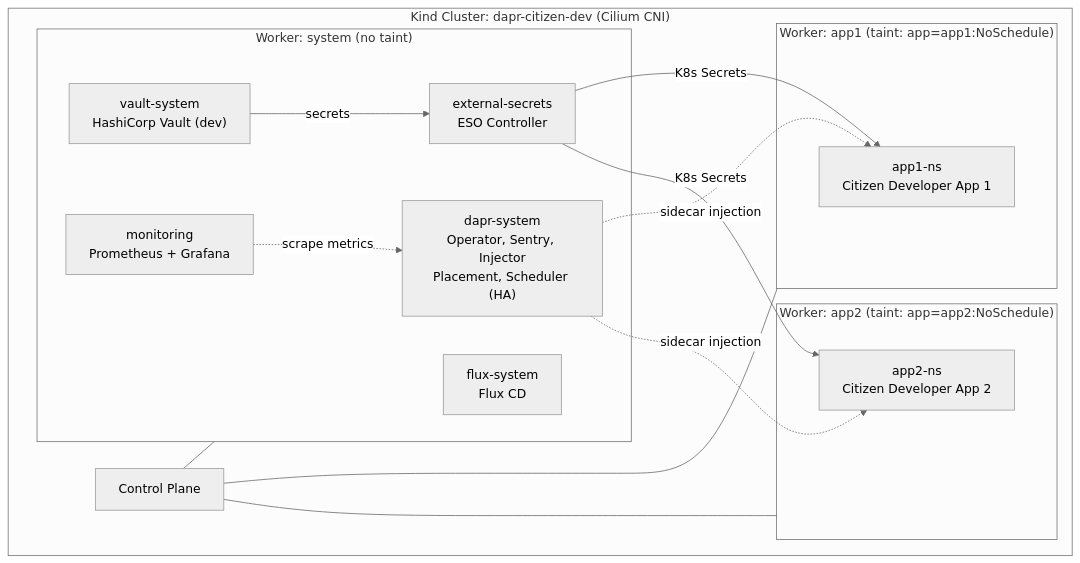
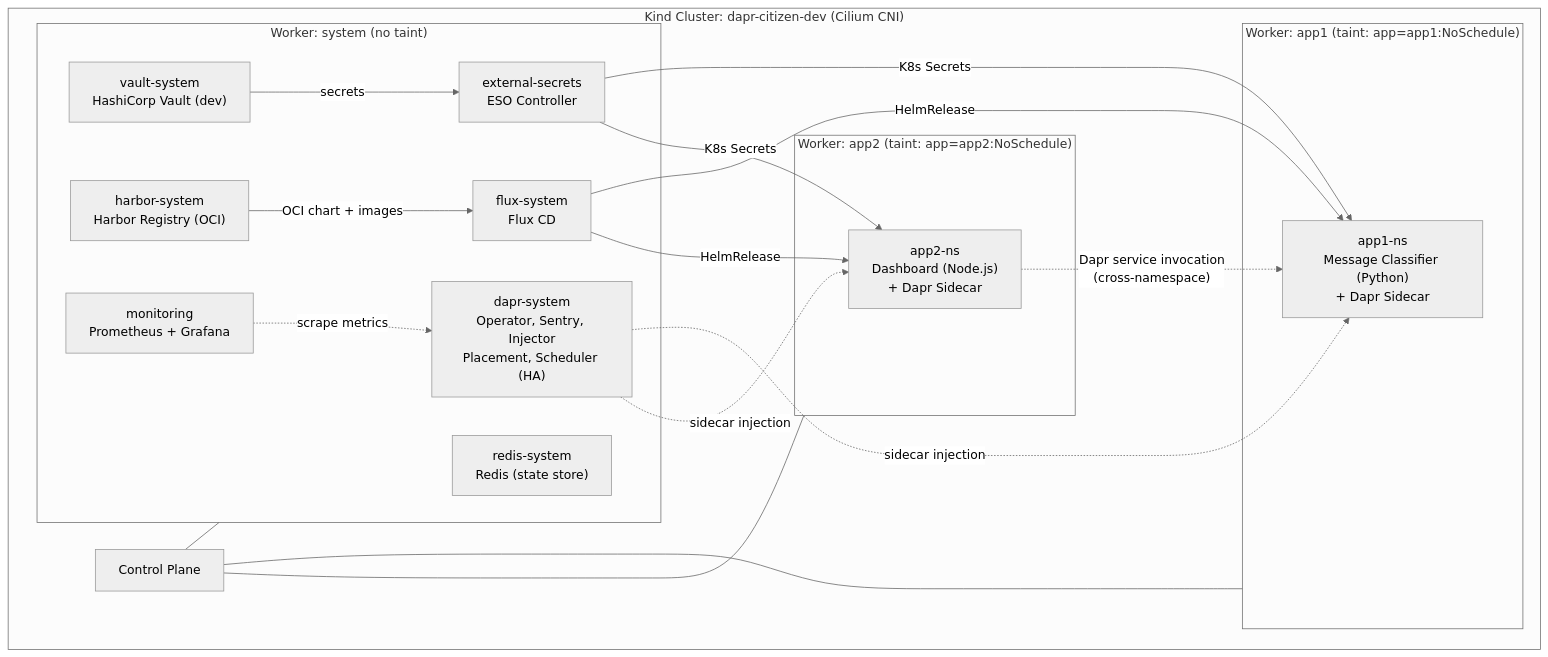
The first of 4 diagrams in dapr/README.md (nicknikolakakis/srekubecraft-demo), drawn with Mermaid (neutral theme) before and after one commit. The commit also changed other lines of this file and 6 other files, not shown here.

First line of the commit message:
Add Harbor registry and Flux-managed app deployment

````diff
--- a/dapr/README.md
+++ b/dapr/README.md
@@ -9,32 +9,38 @@
 ```mermaid
 graph TB
     subgraph cluster["Kind Cluster: dapr-citizen-dev (Cilium CNI)"]
         CP["Control Plane"]
 
         subgraph system_node["Worker: system (no taint)"]
             dapr["dapr-system<br/>Operator, Sentry, Injector<br/>Placement, Scheduler (HA)"]
             vault["vault-system<br/>HashiCorp Vault (dev)"]
             eso["external-secrets<br/>ESO Controller"]
             mon["monitoring<br/>Prometheus + Grafana"]
             flux["flux-system<br/>Flux CD"]
+            harbor["harbor-system<br/>Harbor Registry (OCI)"]
+            redis["redis-system<br/>Redis (state store)"]
         end
 
         subgraph app1_node["Worker: app1 (taint: app=app1:NoSchedule)"]
-            app1ns["app1-ns<br/>Citizen Developer App 1"]
+            app1ns["app1-ns<br/>Message Classifier (Python)<br/>+ Dapr Sidecar"]
         end
 
         subgraph app2_node["Worker: app2 (taint: app=app2:NoSchedule)"]
-            app2ns["app2-ns<br/>Citizen Developer App 2"]
+            app2ns["app2-ns<br/>Dashboard (Node.js)<br/>+ Dapr Sidecar"]
         end
     end
 
     CP --- system_node
     CP --- app1_node
     CP --- app2_node
     dapr -.->|sidecar injection| app1ns
     dapr -.->|sidecar injection| app2ns
     vault -->|secrets| eso
     eso -->|K8s Secrets| app1ns
     eso -->|K8s Secrets| app2ns
+    harbor -->|OCI chart + images| flux
+    flux -->|HelmRelease| app1ns
+    flux -->|HelmRelease| app2ns
     mon -.->|scrape metrics| dapr
+    app2ns -.->|"Dapr service invocation<br/>(cross-namespace)"| app1ns
 ```
````
